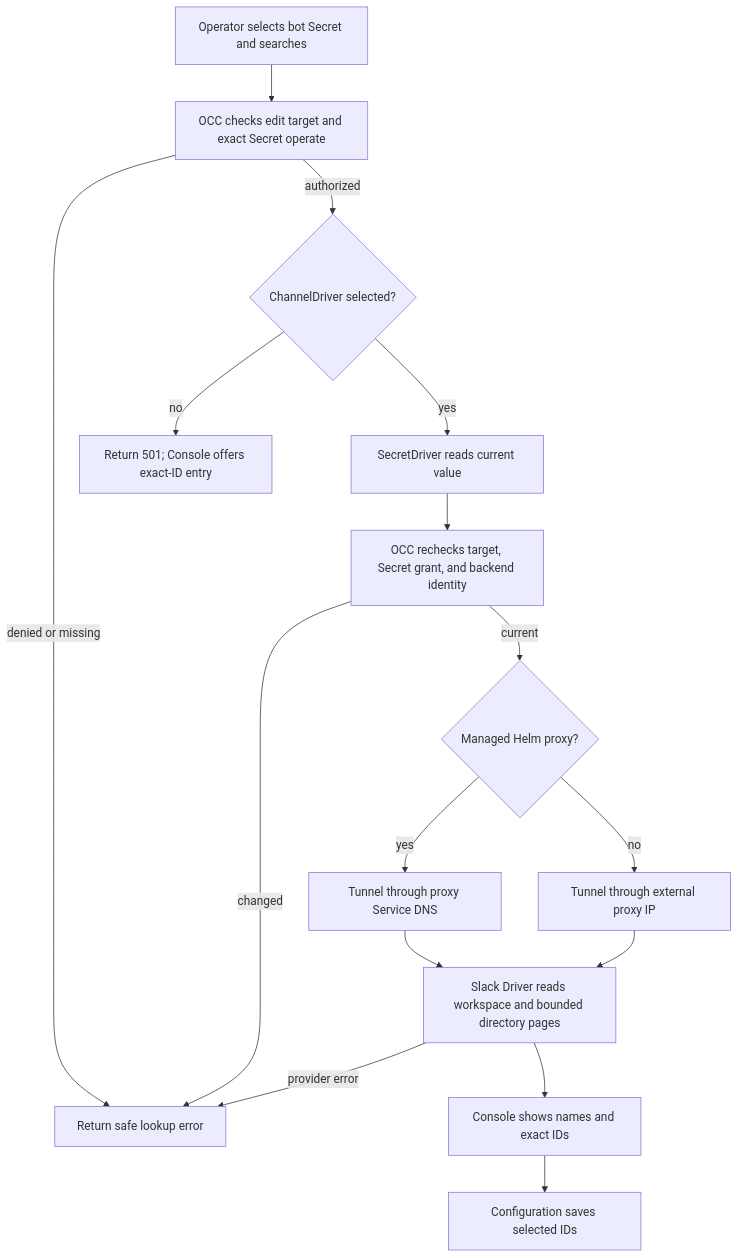
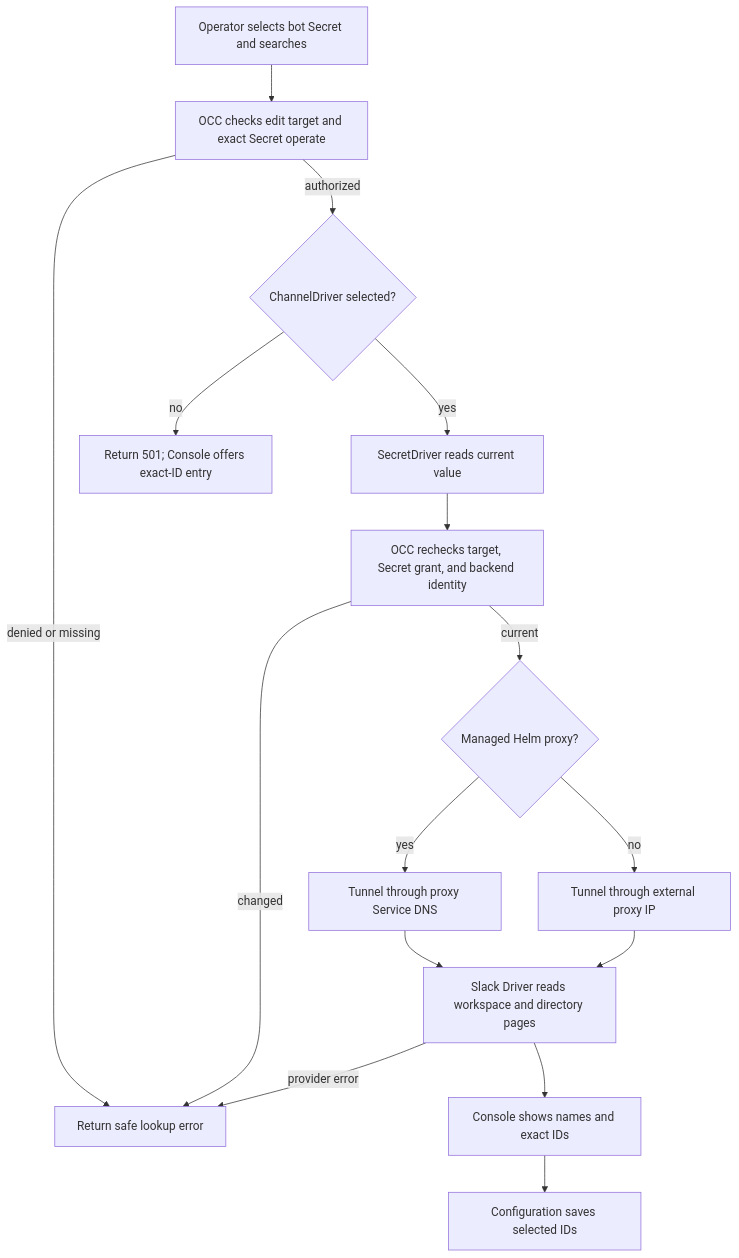
One commit to openclaw/openclaw-enterprise changed the diagram in docs/flows/agent-channel-directory.md. Above: the diagram before and after it, drawn with Mermaid. The commit also changed other lines of this file and 198 other files, not shown here.

````diff
--- a/docs/flows/agent-channel-directory.md
+++ b/docs/flows/agent-channel-directory.md
@@ -30,18 +30,18 @@
 ```mermaid
 graph TD
   A["Operator selects bot Secret and searches"] --> B["OCC checks edit target and exact Secret operate"]
   B -->|denied or missing| X["Return safe lookup error"]
   B -->|authorized| P{"ChannelDriver selected?"}
   P -->|no| U["Return 501; Console offers exact-ID entry"]
   P -->|yes| C["SecretDriver reads current value"]
   C --> D["OCC rechecks target, Secret grant, and backend identity"]
   D -->|changed| X
   D -->|current| M{"Managed Helm proxy?"}
   M -->|yes| H["Tunnel through proxy Service DNS"]
   M -->|no| I["Tunnel through external proxy IP"]
-  H --> E["Slack Driver reads workspace and bounded directory pages"]
+  H --> E["Slack Driver reads workspace and directory pages"]
   I --> E
   E -->|provider error| X
   E --> F["Console shows names and exact IDs"]
   F --> G["Configuration saves selected IDs"]
 ```
````
